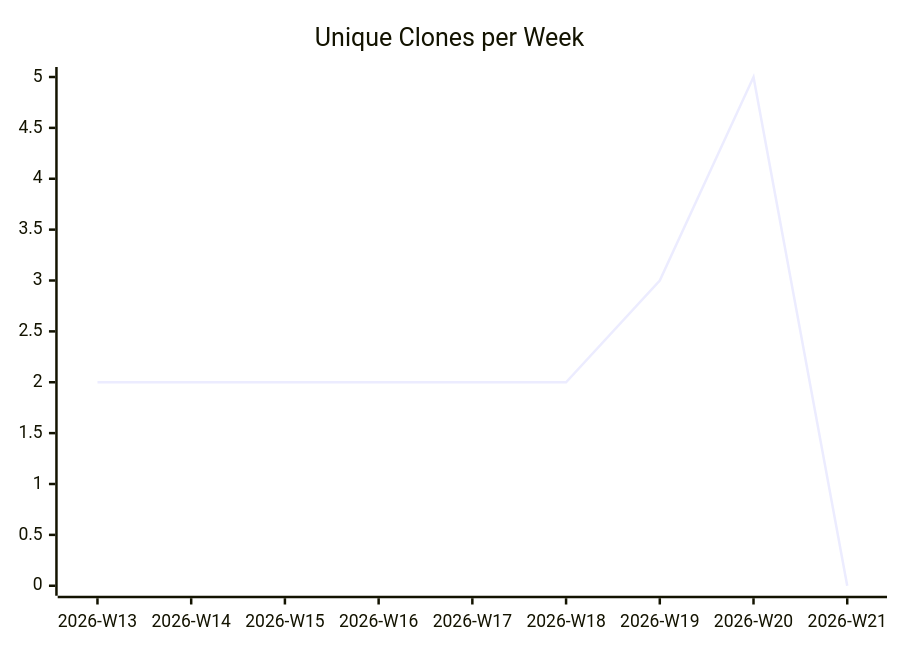
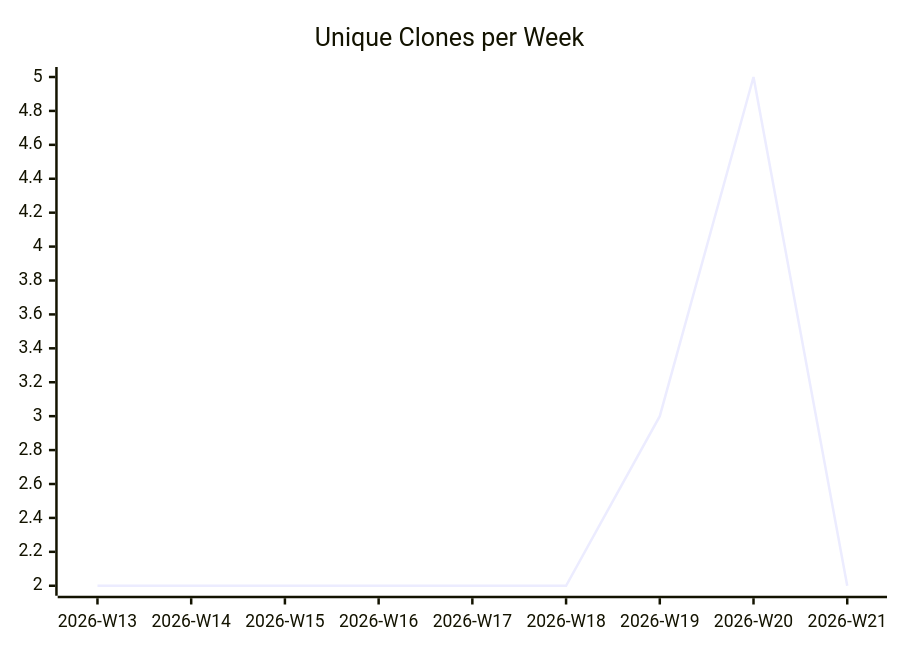
Before and after one commit to justdavis-family/github-analytics-data: the third of 3 diagrams in karlmdavis/rps-tourney/README.md, drawn with Mermaid. The commit also changed other lines of this file and 189 other files, not shown here.

````diff
--- a/karlmdavis/rps-tourney/README.md
+++ b/karlmdavis/rps-tourney/README.md
@@ -19,6 +19,6 @@
 ```mermaid
 xychart-beta
   title "Unique Clones per Week"
   x-axis ["2026-W13", "2026-W14", "2026-W15", "2026-W16", "2026-W17", "2026-W18", "2026-W19", "2026-W20", "2026-W21"]
-  line [2, 2, 2, 2, 2, 2, 3, 5, 0]
+  line [2, 2, 2, 2, 2, 2, 3, 5, 2]
 ```
````
